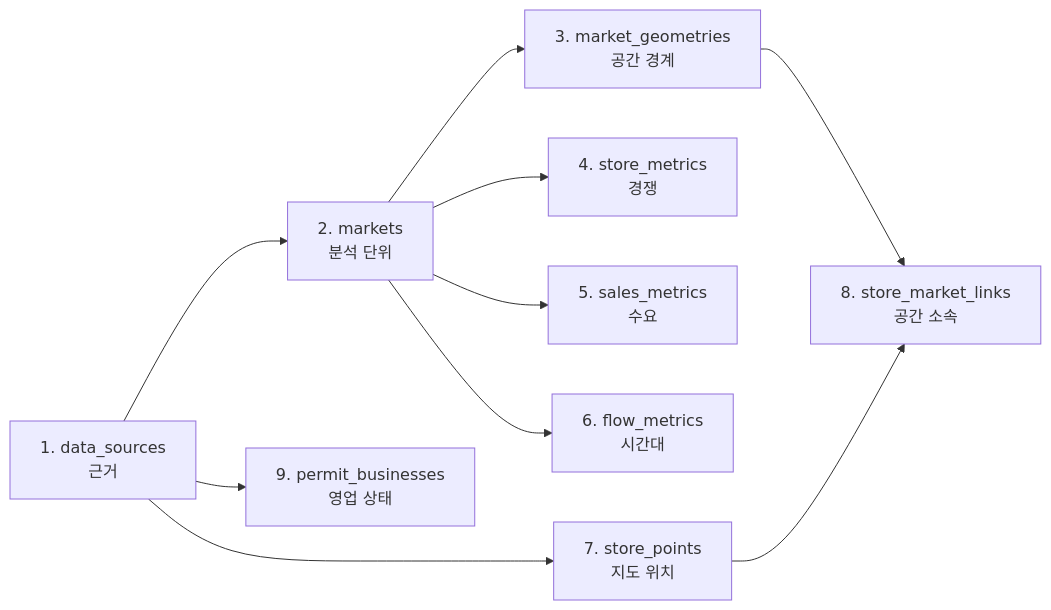
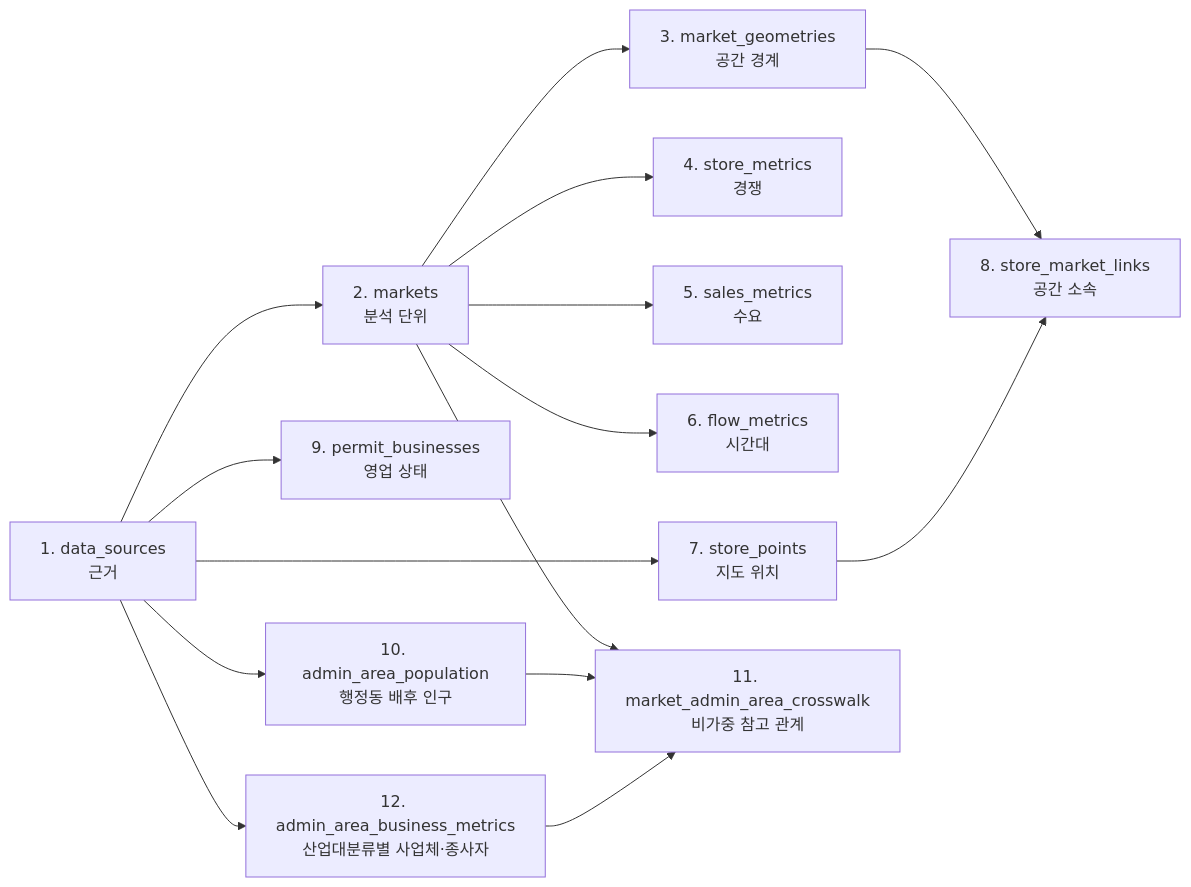
One commit to Mureung1/hub-showcase changed the third of 5 diagrams in docs/data/database-structure.md. Above: the diagram before and after it, drawn with Mermaid. The commit also changed other lines of this file and 2 other files, not shown here.

````diff
--- a/docs/data/database-structure.md
+++ b/docs/data/database-structure.md
@@ -213,12 +257,17 @@
 ```mermaid
 flowchart LR
     A["1. data_sources<br/>근거"] --> B["2. markets<br/>분석 단위"]
     B --> C["3. market_geometries<br/>공간 경계"]
     B --> D["4. store_metrics<br/>경쟁"]
     B --> E["5. sales_metrics<br/>수요"]
     B --> F["6. flow_metrics<br/>시간대"]
     A --> G["7. store_points<br/>지도 위치"]
     C --> H["8. store_market_links<br/>공간 소속"]
     G --> H
     A --> I["9. permit_businesses<br/>영업 상태"]
+    A --> J["10. admin_area_population<br/>행정동 배후 인구"]
+    B --> K["11. market_admin_area_crosswalk<br/>비가중 참고 관계"]
+    J --> K
+    A --> L["12. admin_area_business_metrics<br/>산업대분류별 사업체·종사자"]
+    L --> K
 ```
````
